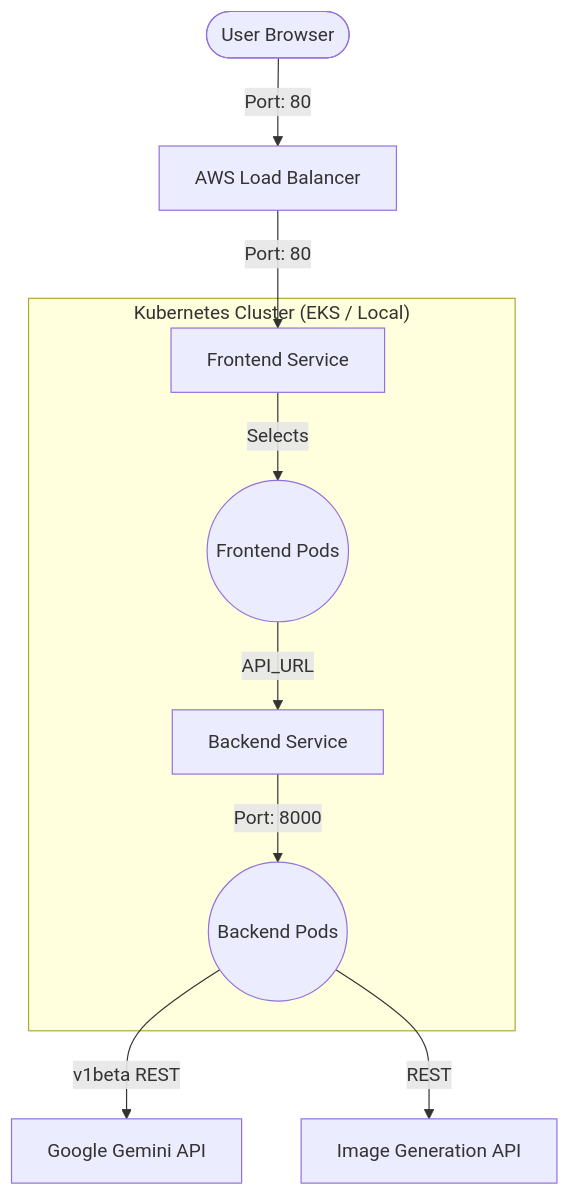
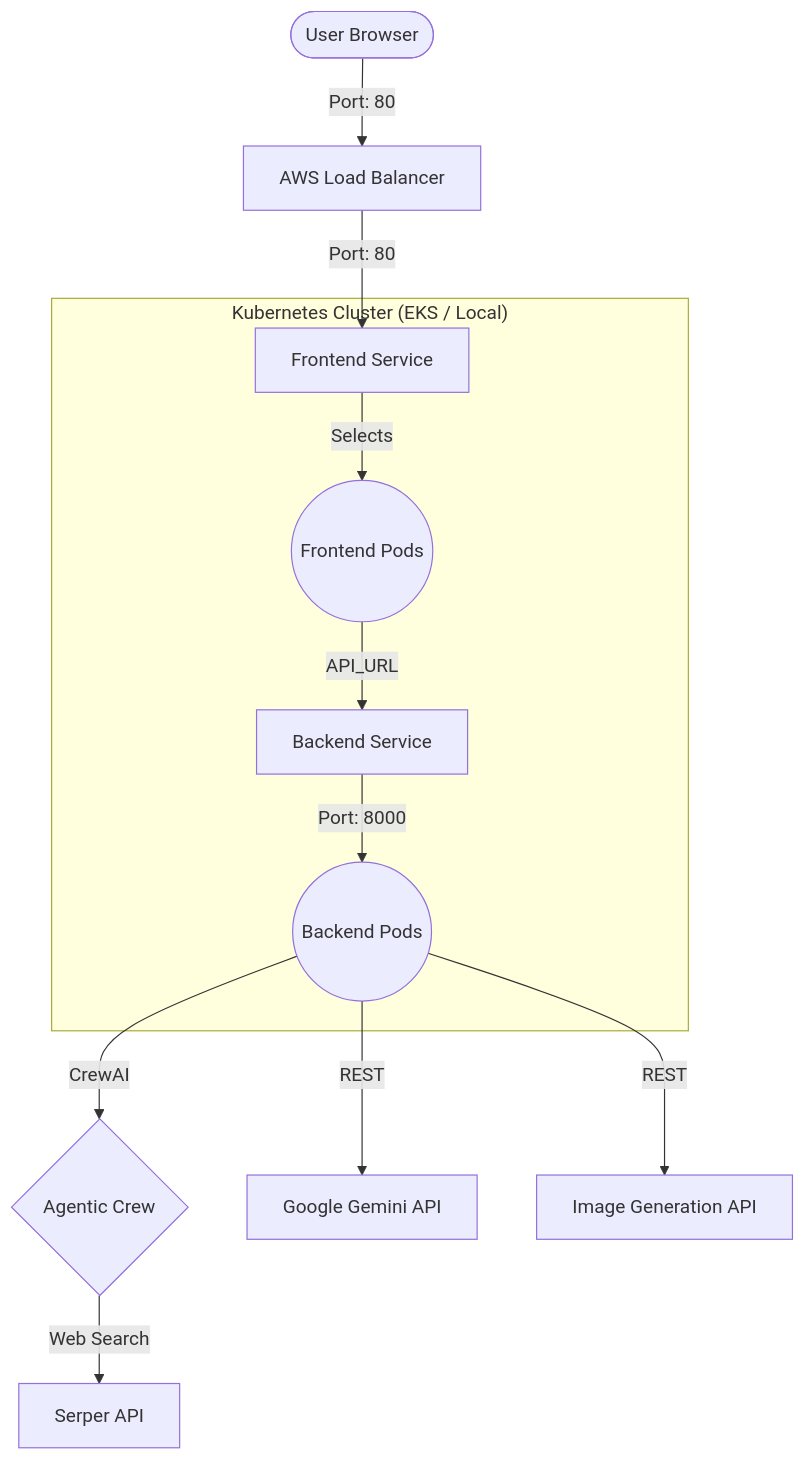
One commit to HashimSaify/Multimodal-Agentic-Hub changed the diagram in README.md. Above: the diagram before and after it, drawn with Mermaid. The commit also changed other lines of this file, not shown here.

Commit message:
docs: rebuild README to include Agentic and DevOps integrations

````diff
--- a/README.md
+++ b/README.md
@@ -28,12 +28,14 @@
 ```mermaid
 graph TD
     User([User Browser]) -- Port: 80 --> ELB[AWS Load Balancer]
     ELB -- Port: 80 --> FS[Frontend Service]
     subgraph "Kubernetes Cluster (EKS / Local)"
         FS -- Selects --> FP((Frontend Pods))
         FP -- API_URL --> BS[Backend Service]
         BS -- Port: 8000 --> BP((Backend Pods))
     end
-    BP -- v1beta REST --> Gemini[Google Gemini API]
+    BP -- CrewAI --> Agents{Agentic Crew}
+    Agents -- Web Search --> Serper[Serper API]
+    BP -- REST --> Gemini[Google Gemini API]
     BP -- REST --> ImageAPI[Image Generation API]
 ```
````
